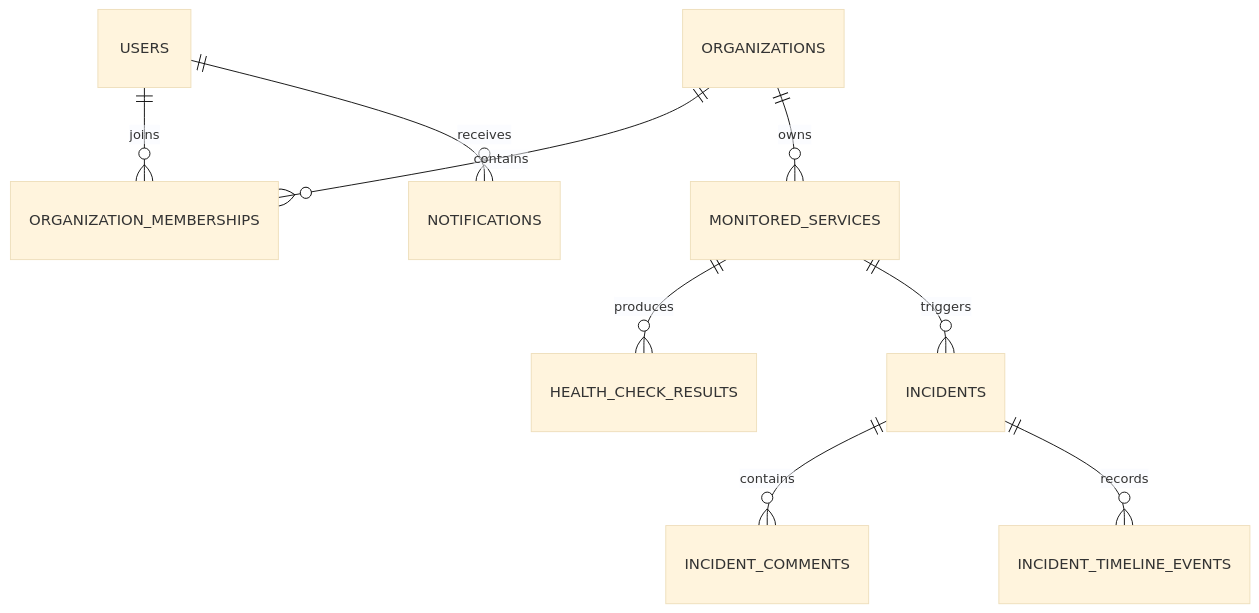
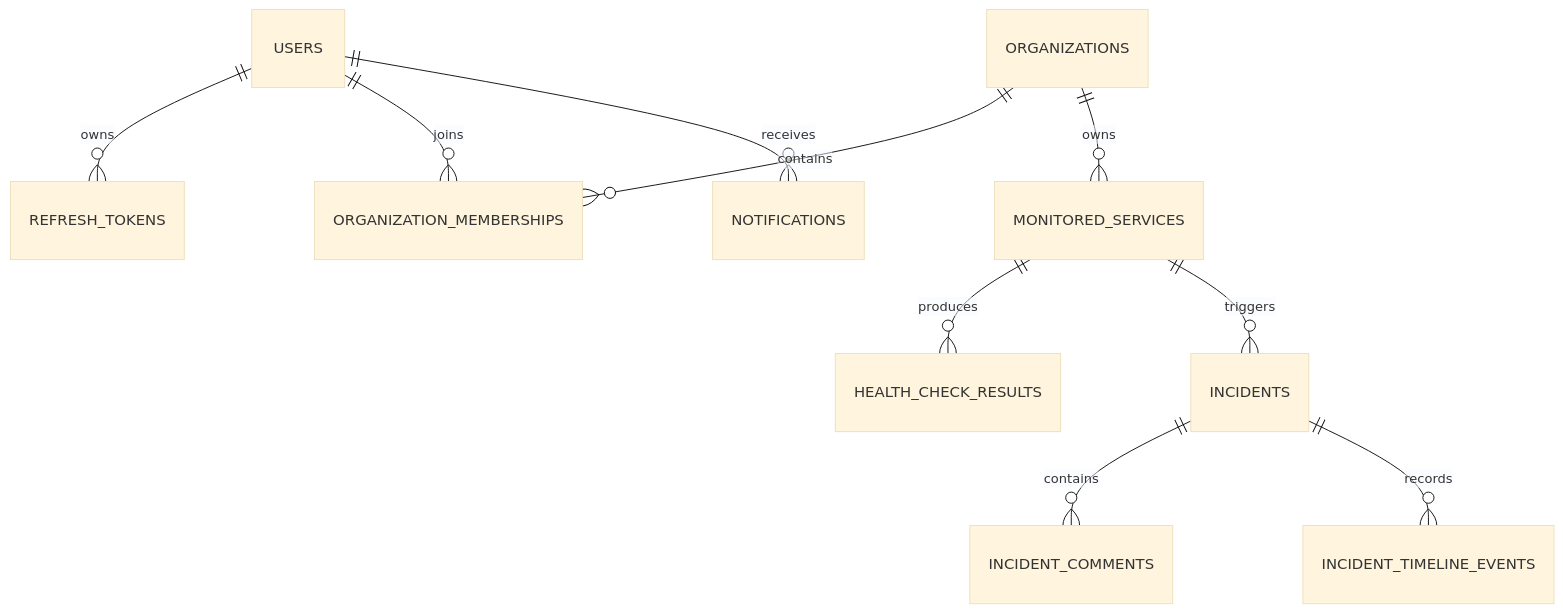
One commit to mahibnasif/pulseops changed the diagram in docs/database.md. Above: the diagram before and after it, drawn with Mermaid (base theme). The commit also changed other lines of this file and 6 other files, not shown here.

````diff
--- a/docs/database.md
+++ b/docs/database.md
@@ -11,11 +11,12 @@
 ```mermaid
 erDiagram
+    USERS ||--o{ REFRESH_TOKENS : owns
     USERS ||--o{ ORGANIZATION_MEMBERSHIPS : joins
     ORGANIZATIONS ||--o{ ORGANIZATION_MEMBERSHIPS : contains
     ORGANIZATIONS ||--o{ MONITORED_SERVICES : owns
     MONITORED_SERVICES ||--o{ HEALTH_CHECK_RESULTS : produces
     MONITORED_SERVICES ||--o{ INCIDENTS : triggers
     INCIDENTS ||--o{ INCIDENT_COMMENTS : contains
     INCIDENTS ||--o{ INCIDENT_TIMELINE_EVENTS : records
     USERS ||--o{ NOTIFICATIONS : receives
 ```
````
